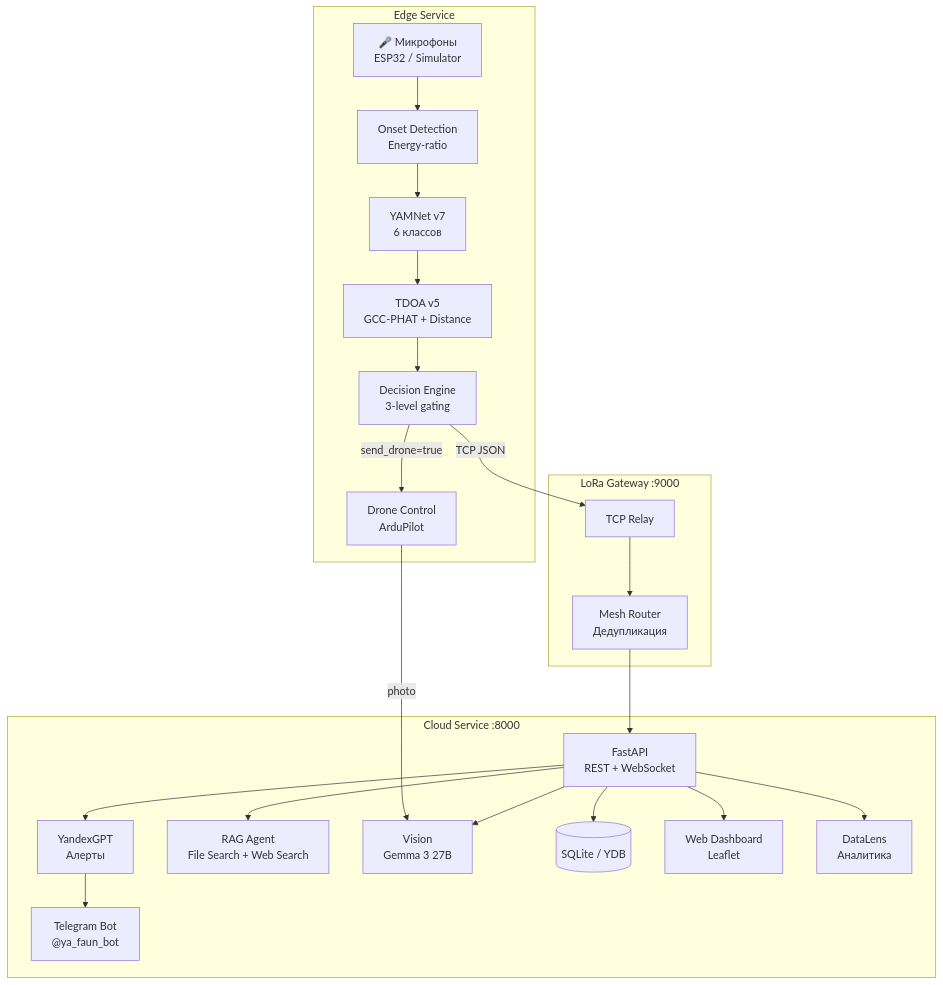
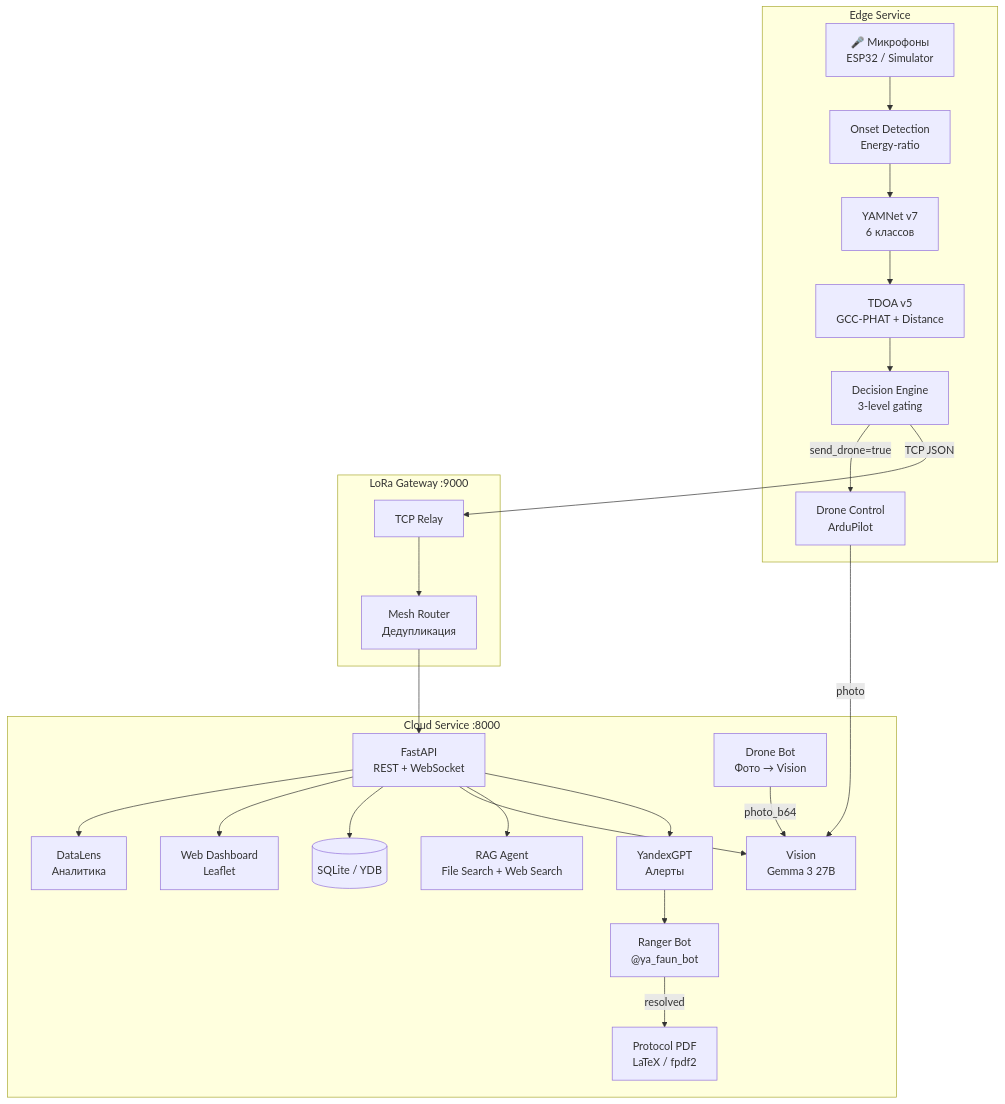
One commit to gianhu403-hash/faun changed the first of 3 diagrams in docs/architecture.md. Above: the diagram before and after it, drawn with Mermaid. The commit also changed other lines of this file and 7 other files, not shown here.

````diff
--- a/docs/architecture.md
+++ b/docs/architecture.md
@@ -7,39 +7,43 @@
 ```mermaid
 graph TB
     subgraph "Edge Service"
         MIC[🎤 Микрофоны<br>ESP32 / Simulator]
         ONSET[Onset Detection<br>Energy-ratio]
         YAMNET[YAMNet v7<br>6 классов]
         TDOA[TDOA v5<br>GCC-PHAT + Distance]
         DECIDER[Decision Engine<br>3-level gating]
         DRONE[Drone Control<br>ArduPilot]
     end
 
     subgraph "LoRa Gateway :9000"
         MESH[Mesh Router<br>Дедупликация]
         RELAY[TCP Relay]
     end
 
     subgraph "Cloud Service :8000"
         API[FastAPI<br>REST + WebSocket]
-        BOT[Telegram Bot<br>@ya_faun_bot]
+        BOT[Ranger Bot<br>@ya_faun_bot]
+        DRONEBOT[Drone Bot<br>Фото → Vision]
         GPT[YandexGPT<br>Алерты]
         RAG[RAG Agent<br>File Search + Web Search]
         VISION[Vision<br>Gemma 3 27B]
+        PDF[Protocol PDF<br>LaTeX / fpdf2]
         DB[(SQLite / YDB)]
         DASH[Web Dashboard<br>Leaflet]
         DATALENS[DataLens<br>Аналитика]
     end
 
     MIC --> ONSET --> YAMNET --> TDOA --> DECIDER
     DECIDER --> |TCP JSON| RELAY
     DECIDER --> |send_drone=true| DRONE
     RELAY --> MESH --> API
     API --> GPT --> BOT
     API --> RAG
     API --> VISION
     API --> DB
     API --> DASH
     API --> DATALENS
     DRONE --> |photo| VISION
+    DRONEBOT --> |photo_b64| VISION
+    BOT --> |resolved| PDF
 ```
````
